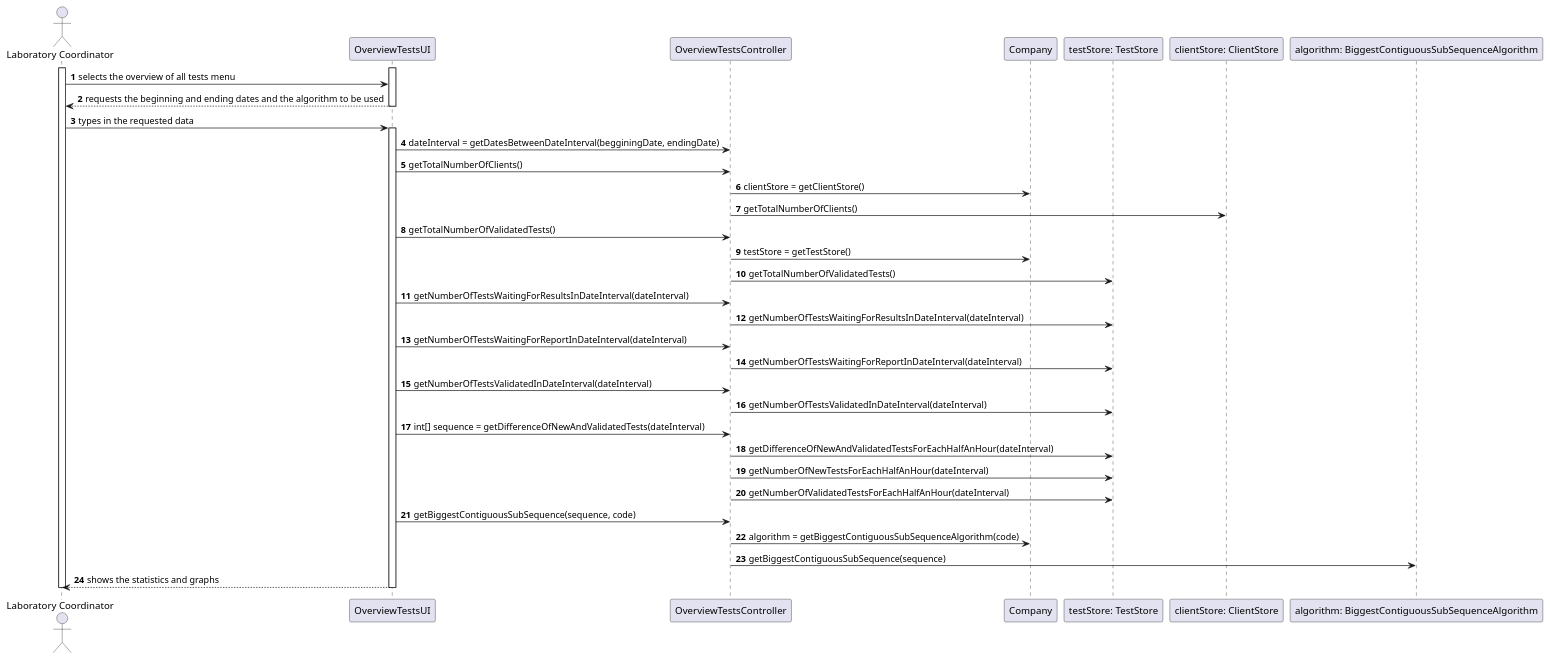
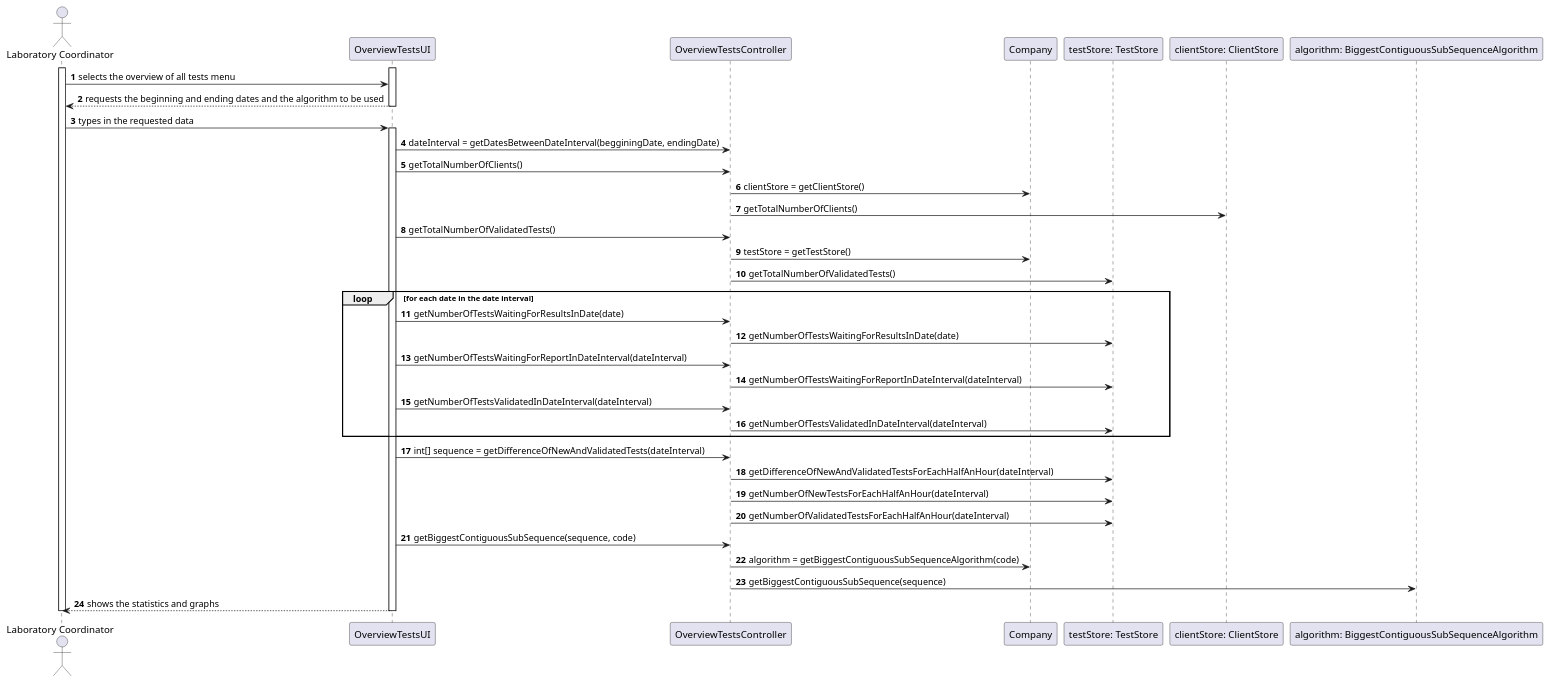
Before and after one commit to MadDinosaur/ISEP-LAPR2: the diagram in docs/SprintD/US16/US16_SD.puml, drawn with PlantUML. The commit also changed 3 other files, not shown here.

Commit message:
US16: changed the sequence diagram; implemented more of the code for the UI.

```diff
--- a/docs/SprintD/US16/US16_SD.puml
+++ b/docs/SprintD/US16/US16_SD.puml
@@ -1,46 +1,48 @@
 @startuml
 
 autonumber
 
 actor "Laboratory Coordinator" as lc
 participant "OverviewTestsUI" as otUI
 participant "OverviewTestsController" as otC
 participant "Company" as company
 participant "testStore: TestStore" as ts
 participant "clientStore: ClientStore" as cs
 participant "algorithm: BiggestContiguousSubSequenceAlgorithm"
 
 activate lc
 activate otUI
 
 lc -> otUI: selects the overview of all tests menu
 otUI -[dotted]> lc: requests the beginning and ending dates and the algorithm to be used
 deactivate otUI
 lc -> otUI: types in the requested data
 activate otUI
 otUI -> otC: dateInterval = getDatesBetweenDateInterval(begginingDate, endingDate)
 otUI -> otC: getTotalNumberOfClients()
 otC -> company: clientStore = getClientStore()
 otC -> cs: getTotalNumberOfClients()
 otUI -> otC: getTotalNumberOfValidatedTests()
 otC -> company: testStore = getTestStore()
 otC -> ts: getTotalNumberOfValidatedTests()
-otUI -> otC: getNumberOfTestsWaitingForResultsInDateInterval(dateInterval)
-otC -> ts: getNumberOfTestsWaitingForResultsInDateInterval(dateInterval)
+loop for each date in the date interval
+otUI -> otC: getNumberOfTestsWaitingForResultsInDate(date)
+otC -> ts: getNumberOfTestsWaitingForResultsInDate(date)
 otUI -> otC: getNumberOfTestsWaitingForReportInDateInterval(dateInterval)
 otC -> ts: getNumberOfTestsWaitingForReportInDateInterval(dateInterval)
 otUI -> otC: getNumberOfTestsValidatedInDateInterval(dateInterval)
 otC -> ts: getNumberOfTestsValidatedInDateInterval(dateInterval)
+end loop
 otUI -> otC: int[] sequence = getDifferenceOfNewAndValidatedTests(dateInterval)
 otC -> ts: getDifferenceOfNewAndValidatedTestsForEachHalfAnHour(dateInterval)
 otC -> ts: getNumberOfNewTestsForEachHalfAnHour(dateInterval)
 otC -> ts: getNumberOfValidatedTestsForEachHalfAnHour(dateInterval)
 otUI -> otC: getBiggestContiguousSubSequence(sequence, code)
 otC -> company: algorithm = getBiggestContiguousSubSequenceAlgorithm(code)
 otC -> "algorithm: BiggestContiguousSubSequenceAlgorithm": getBiggestContiguousSubSequence(sequence)
 otUI -[dotted]> lc: shows the statistics and graphs
 
 deactivate otUI
 deactivate lc
 
 @enduml
```
